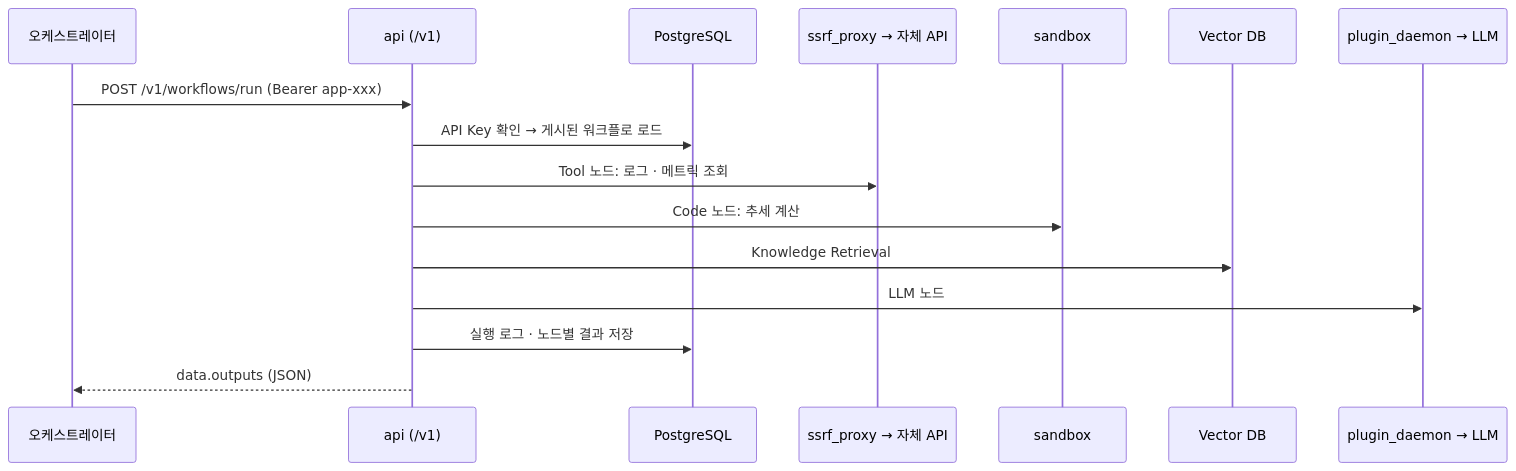
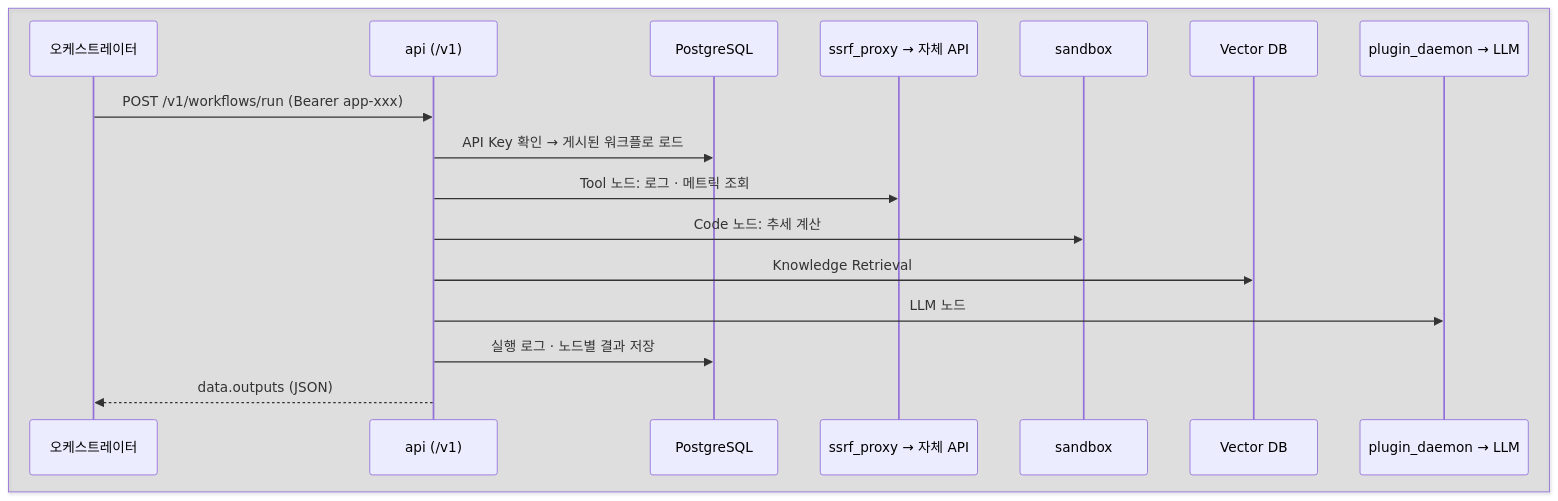
One commit to kongrtan/zt9k39pm2e changed the third of 3 diagrams in docs/04_dify_platform_structure.md. Above: the diagram before and after it, drawn with Mermaid. The commit also changed other lines of this file and 1 other file, not shown here.

Commit message:
test test

````diff
--- a/docs/04_dify_platform_structure.md
+++ b/docs/04_dify_platform_structure.md
@@ -154,19 +156,21 @@
 ```mermaid
 sequenceDiagram
-    participant O as 오케스트레이터
-    participant A as api (/v1)
-    participant P as PostgreSQL
-    participant T as ssrf_proxy → 자체 API
-    participant S as sandbox
-    participant V as Vector DB
-    participant L as plugin_daemon → LLM
+    box rgba(128,128,128,0.18)
+        participant O as 오케스트레이터
+        participant A as api (/v1)
+        participant P as PostgreSQL
+        participant T as ssrf_proxy → 자체 API
+        participant S as sandbox
+        participant V as Vector DB
+        participant L as plugin_daemon → LLM
+    end
 
     O->>A: POST /v1/workflows/run (Bearer app-xxx)
     A->>P: API Key 확인 → 게시된 워크플로 로드
     A->>T: Tool 노드: 로그 · 메트릭 조회
     A->>S: Code 노드: 추세 계산
     A->>V: Knowledge Retrieval
     A->>L: LLM 노드
     A->>P: 실행 로그 · 노드별 결과 저장
     A-->>O: data.outputs (JSON)
 ```
````
